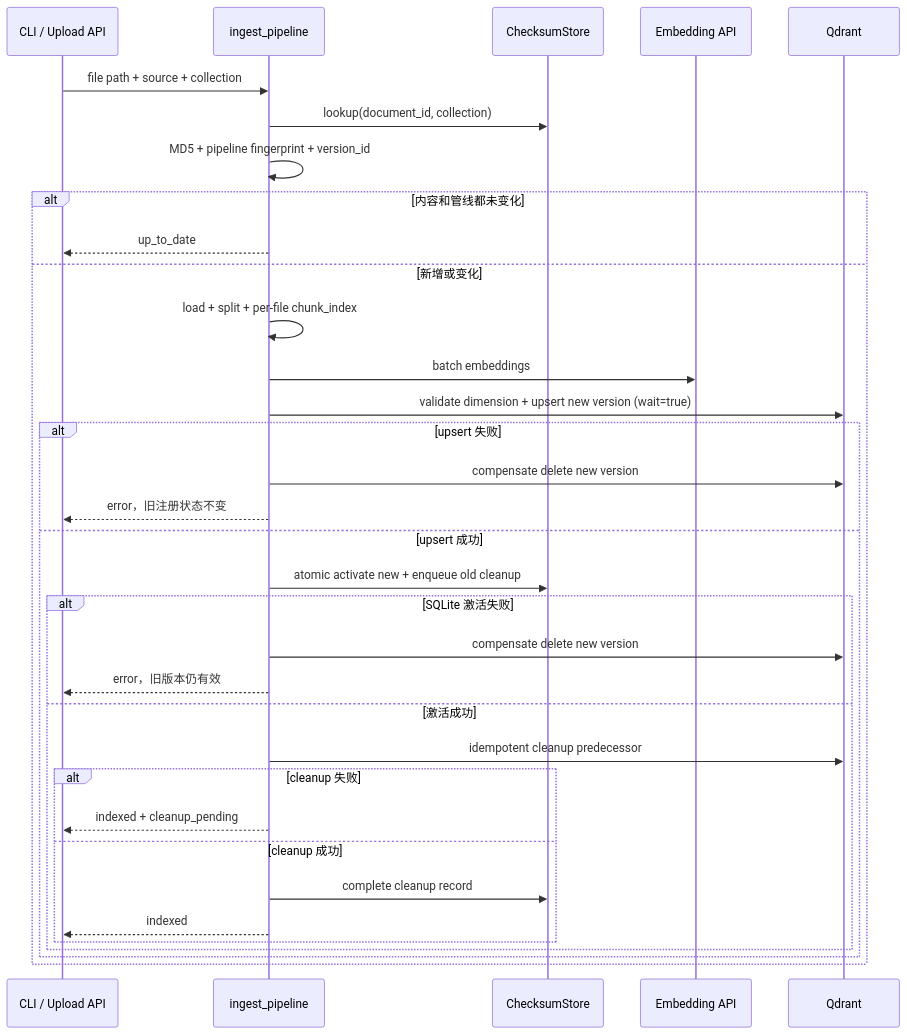
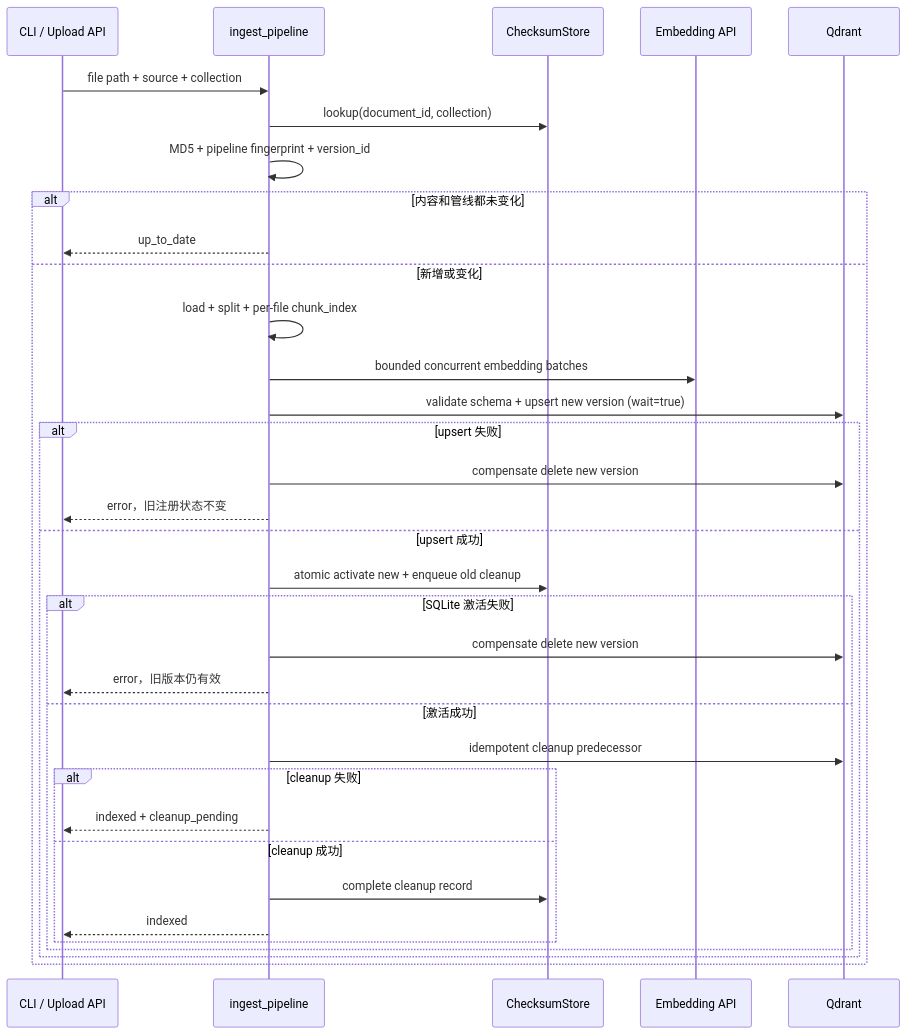
One commit to KyrieOakes/local-rag-system changed the first of 2 diagrams in docs/architecture.md. Above: the diagram before and after it, drawn with Mermaid. The commit also changed other lines of this file and 63 other files, not shown here.

````diff
--- a/docs/architecture.md
+++ b/docs/architecture.md
@@ -24,37 +24,37 @@
 ```mermaid
 sequenceDiagram
     participant C as CLI / Upload API
     participant P as ingest_pipeline
     participant S as ChecksumStore
     participant E as Embedding API
     participant Q as Qdrant
 
     C->>P: file path + source + collection
     P->>S: lookup(document_id, collection)
     P->>P: MD5 + pipeline fingerprint + version_id
     alt 内容和管线都未变化
         P-->>C: up_to_date
     else 新增或变化
         P->>P: load + split + per-file chunk_index
-        P->>E: batch embeddings
-        P->>Q: validate dimension + upsert new version (wait=true)
+        P->>E: bounded concurrent embedding batches
+        P->>Q: validate schema + upsert new version (wait=true)
         alt upsert 失败
             P->>Q: compensate delete new version
             P-->>C: error，旧注册状态不变
         else upsert 成功
             P->>S: atomic activate new + enqueue old cleanup
             alt SQLite 激活失败
                 P->>Q: compensate delete new version
                 P-->>C: error，旧版本仍有效
             else 激活成功
                 P->>Q: idempotent cleanup predecessor
                 alt cleanup 失败
                     P-->>C: indexed + cleanup_pending
                 else cleanup 成功
                     P->>S: complete cleanup record
                     P-->>C: indexed
                 end
             end
         end
     end
 ```
````
